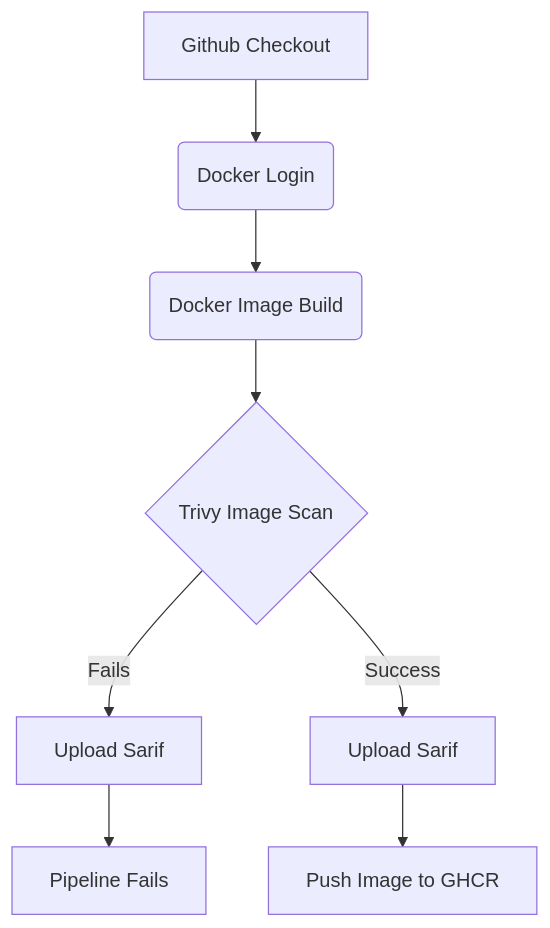
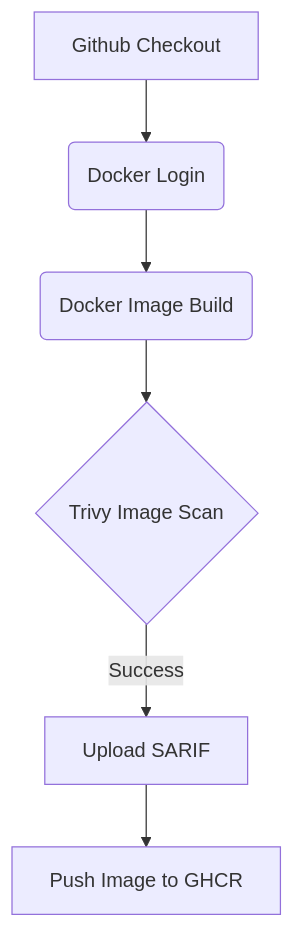
One commit to hakiozdem/Container-Image-Security-Scanner-Pipeline changed the first of 2 diagrams in README.md. Above: the diagram before and after it, drawn with Mermaid. The commit also changed other lines of this file, not shown here.

````diff
--- a/README.md
+++ b/README.md
@@ -46,10 +51,8 @@
 ```mermaid
 flowchart TD;
   A[Github Checkout]-->B(Docker Login);
   B-->C(Docker Image Build);
   C-->D{Trivy Image Scan};
-  D-->|Fails| E[Upload Sarif];
-  E--> F[Pipeline Fails]
-  D-->|Success| G[Upload Sarif]
-  G--> H[Push Image to GHCR]
+  D-->|Success| E[Upload SARIF];
+  E--> F[Push Image to GHCR]
 ```
````
